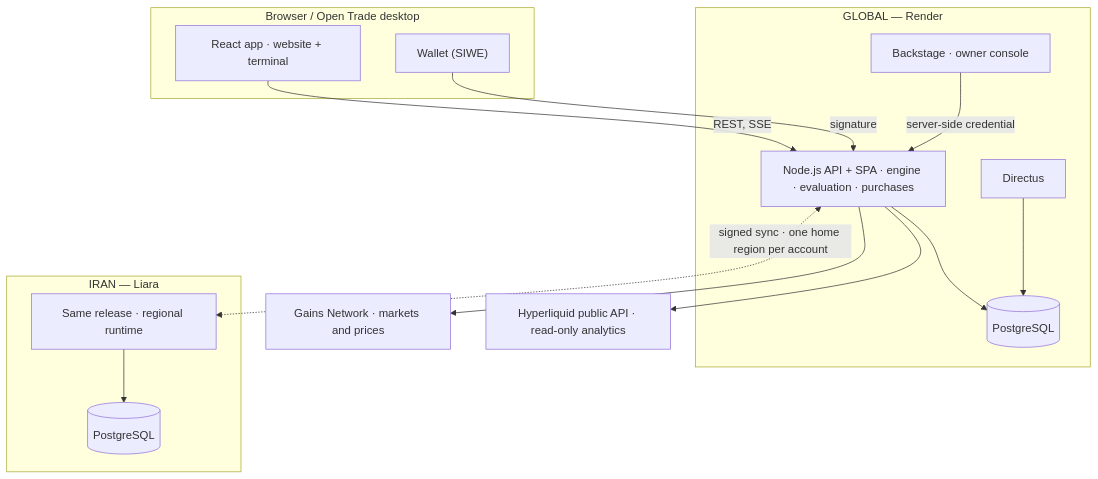
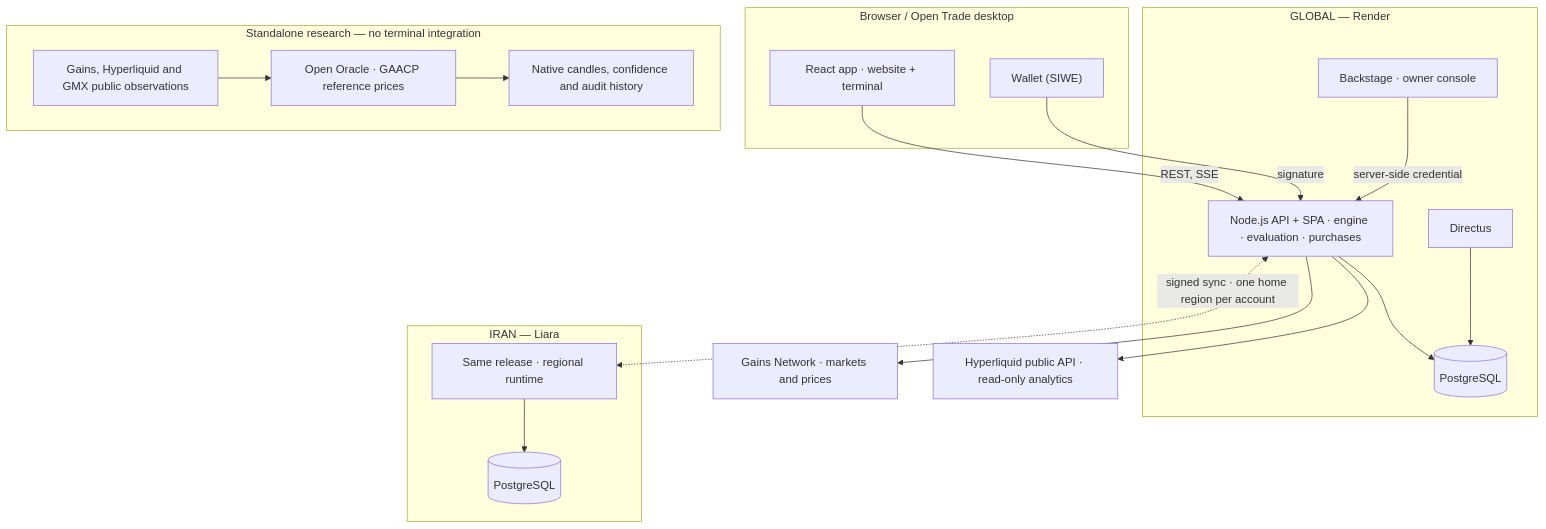
One commit to algomanlife/openfund changed the diagram in README.md. Above: the diagram before and after it, drawn with Mermaid. The commit also changed other lines of this file and 61 other files, not shown here.

First line of the commit message:
feat(oracle): introduce standalone Open Oracle multi-source pricing protocol

````diff
--- a/README.md
+++ b/README.md
@@ -239,28 +240,32 @@
 ```mermaid
 flowchart TB
   subgraph Client["Browser / Open Trade desktop"]
     Web["React app · website + terminal"]
     Wallet["Wallet (SIWE)"]
   end
   subgraph Global["GLOBAL — Render"]
     API["Node.js API + SPA · engine · evaluation · purchases"]
     CMS["Directus"]
     DB[("PostgreSQL")]
     BS["Backstage · owner console"]
   end
   subgraph Iran["IRAN — Liara"]
     APIIR["Same release · regional runtime"]
     DBIR[("PostgreSQL")]
   end
   Gains["Gains Network · markets and prices"]
   HL["Hyperliquid public API · read-only analytics"]
   Web -->|REST, SSE| API
   Wallet -->|signature| API
   BS -->|server-side credential| API
   API --> DB
   CMS --> DB
   API --> Gains
   API --> HL
+  subgraph OracleResearch["Standalone research — no terminal integration"]
+    OracleInputs["Gains, Hyperliquid and GMX public observations"] --> Oracle["Open Oracle · GAACP reference prices"]
+    Oracle --> OracleOutput["Native candles, confidence and audit history"]
+  end
   APIIR --> DBIR
   API <-.->|"signed sync · one home region per account"| APIIR
 ```
````
